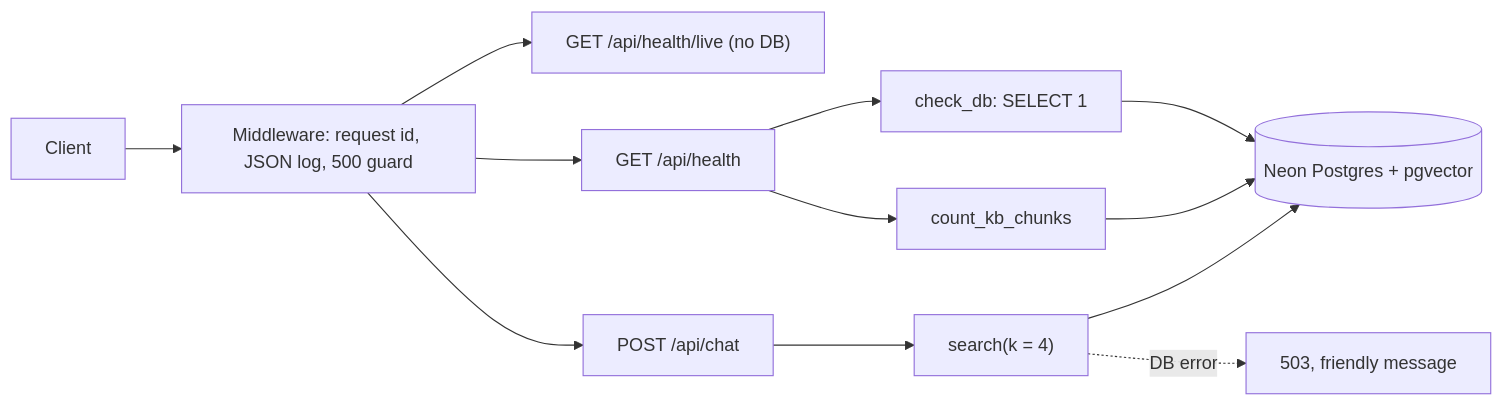
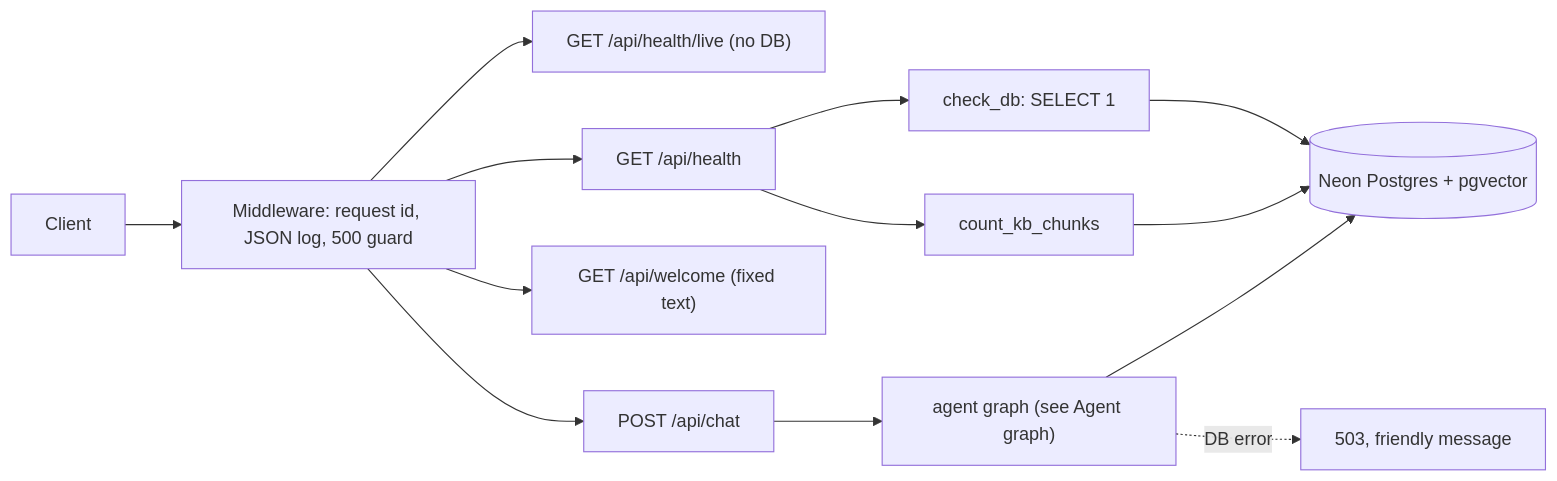
One commit to AdithyaChauhan/vantis-sales-agent changed the first of 8 diagrams in docs/ARCHITECTURE.md. Above: the diagram before and after it, drawn with Mermaid. The commit also changed other lines of this file and 34 other files, not shown here.

````diff
--- a/docs/ARCHITECTURE.md
+++ b/docs/ARCHITECTURE.md
@@ -34,14 +41,15 @@
 ```mermaid
 flowchart LR
   client["Client"] --> mw["Middleware: request id, JSON log, 500 guard"]
   mw --> live["GET /api/health/live (no DB)"]
   mw --> health["GET /api/health"]
   health --> check["check_db: SELECT 1"]
   health --> count["count_kb_chunks"]
   check --> neon[("Neon Postgres + pgvector")]
   count --> neon
+  mw --> welcome["GET /api/welcome (fixed text)"]
   mw --> chat["POST /api/chat"]
-  chat --> search["search(k = 4)"]
-  search --> neon
-  search -.->|"DB error"| e503["503, friendly message"]
+  chat --> agent["agent graph (see Agent graph)"]
+  agent --> neon
+  agent -.->|"DB error"| e503["503, friendly message"]
 ```
````
